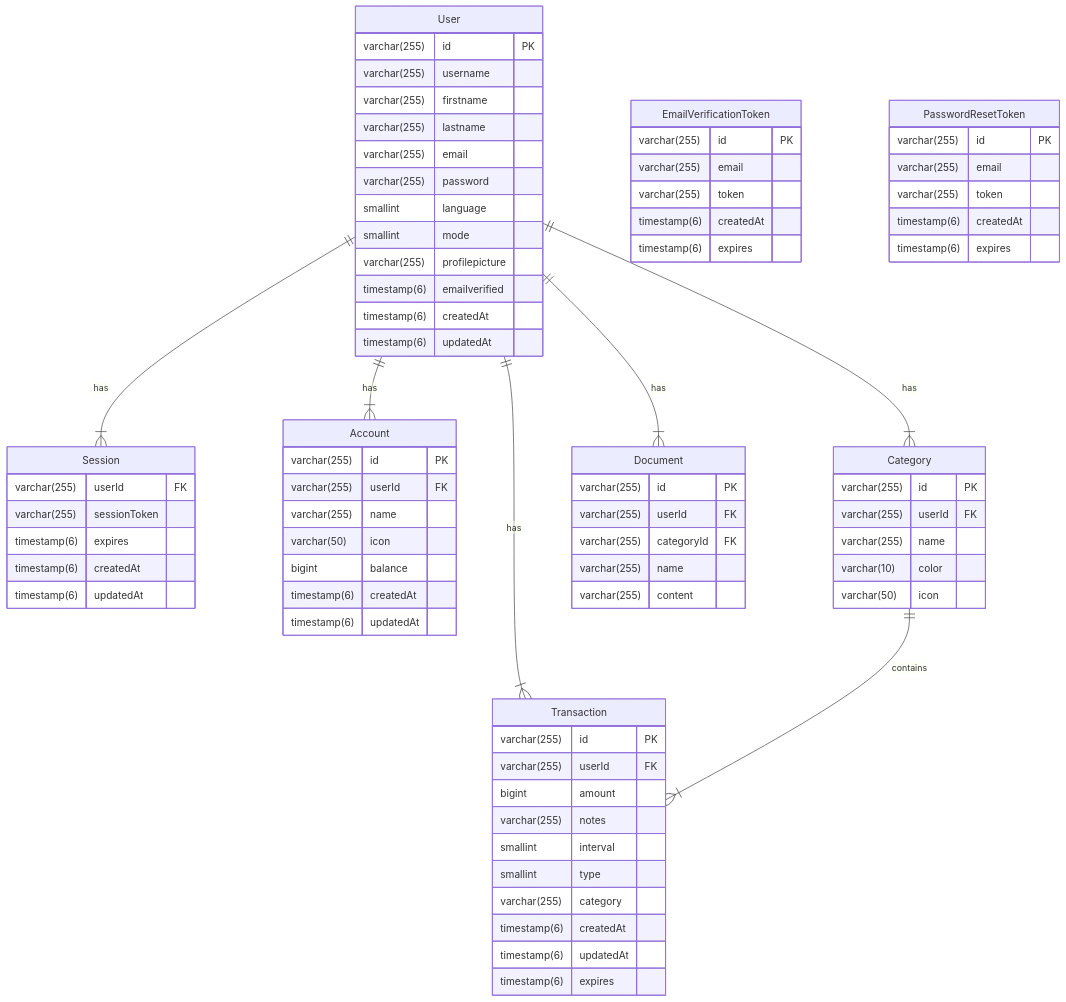
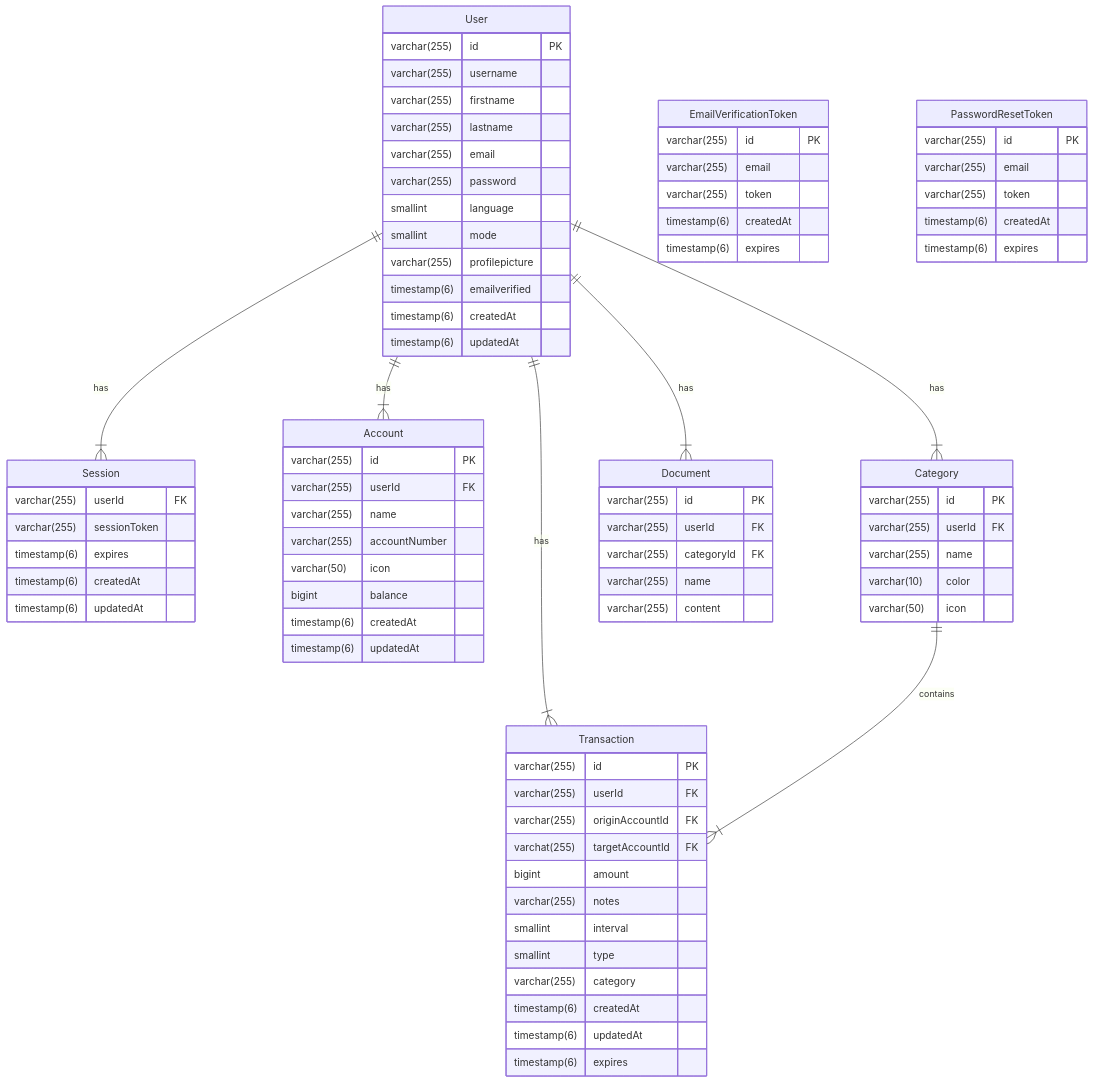
One commit to aghyy/Fidex changed the second of 2 diagrams in docs/docs/architektur/datamodel.md. Above: the diagram before and after it, drawn with Mermaid. The commit also changed other lines of this file, not shown here.

Commit message:
added explanation for ERD-modell and added forgotten column

```diff
--- a/docs/docs/architektur/datamodel.md
+++ b/docs/docs/architektur/datamodel.md
@@ -150,6 +150,7 @@
         varchar(255) id PK
         varchar(255) userId FK
         varchar(255) name
+        varchar(255) accountNumber
         varchar(50) icon
         bigint balance
         timestamp(6) createdAt
@@ -159,6 +160,8 @@
     Transaction {
         varchar(255) id PK
         varchar(255) userId FK
+        varchar(255) originAccountId FK
+        varchat(255) targetAccountId FK
         bigint amount
         varchar(255) notes
         smallint interval
```
